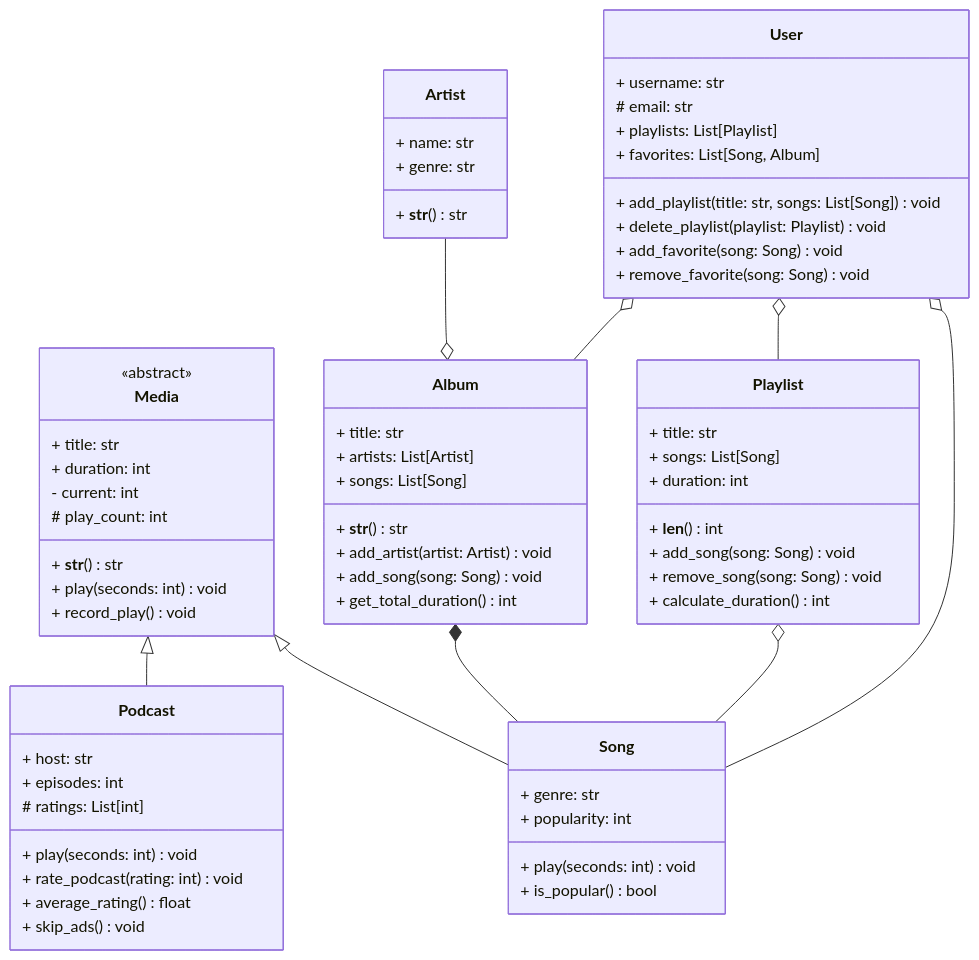
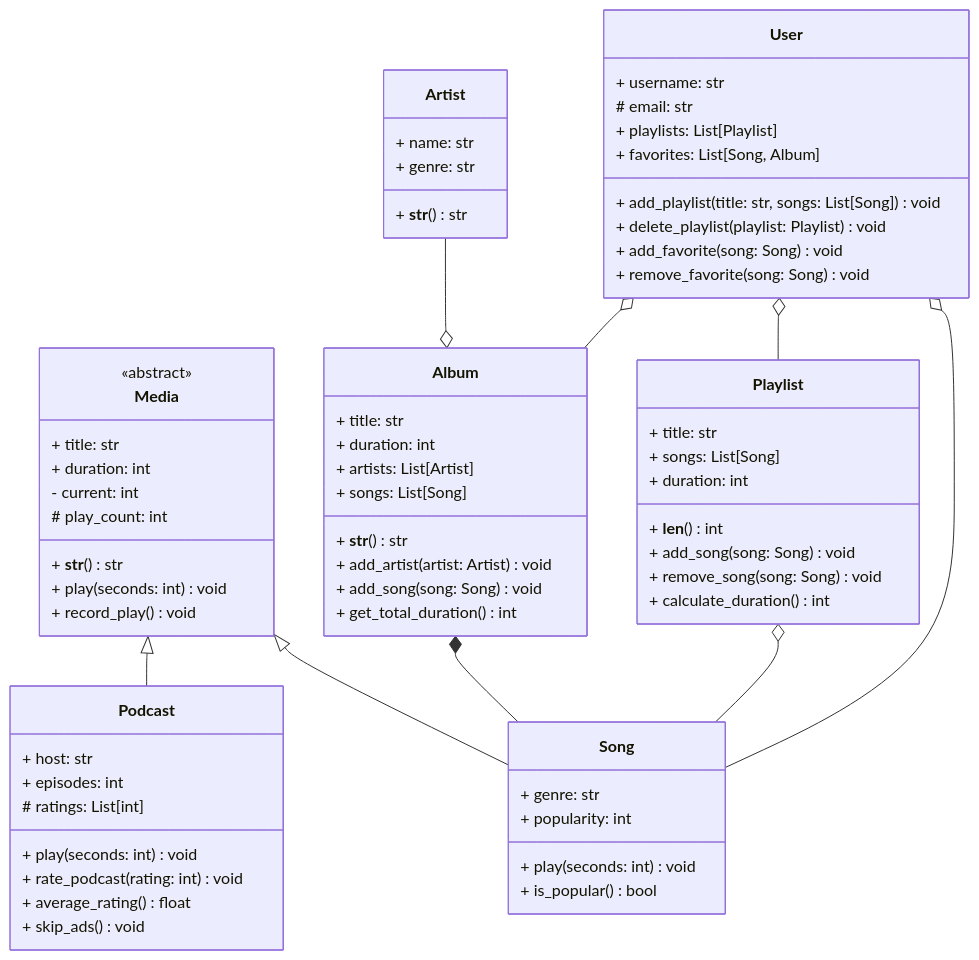
The diagram in _formations/oop/examen.md (aldevgen/aldevgen.github.io), drawn with Mermaid before and after one commit. The commit also changed other lines of this file, not shown here.

Commit message:
Add duration attribute for album

```diff
--- a/_formations/oop/examen.md
+++ b/_formations/oop/examen.md
@@ -76,6 +76,7 @@
     %% Classe Album
     class Album {
         + title: str
+        + duration: int
         + artists: List[Artist]
         + songs: List[Song]
         + __str__() str
```
